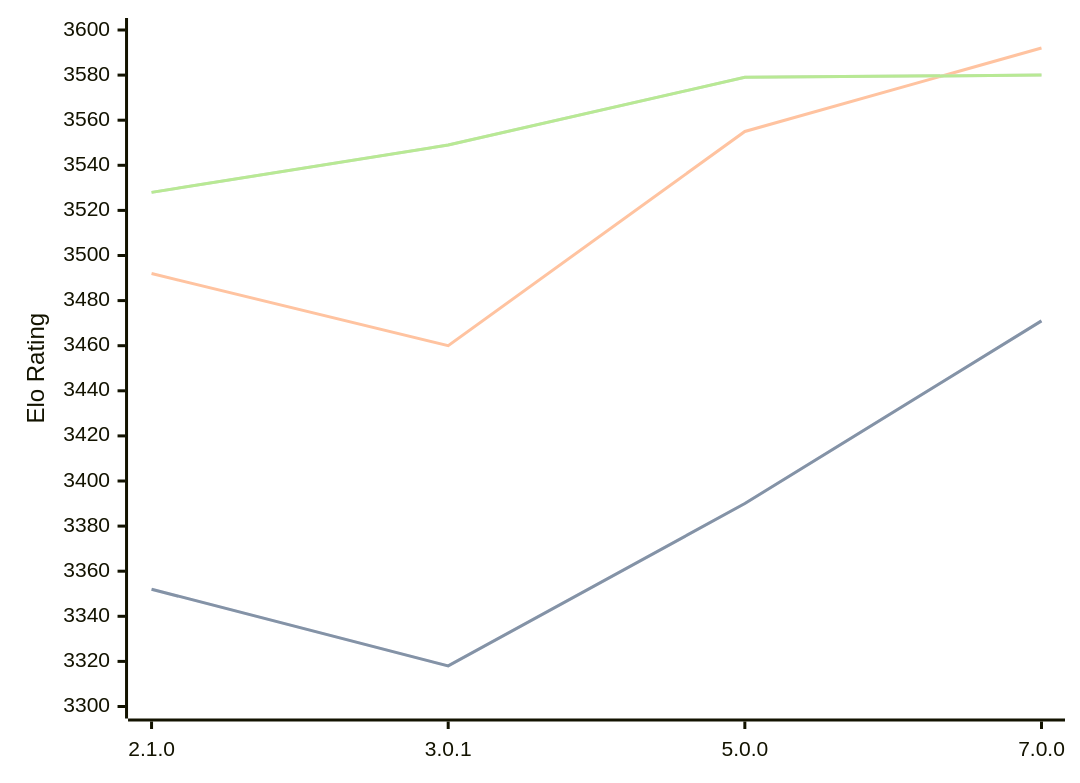
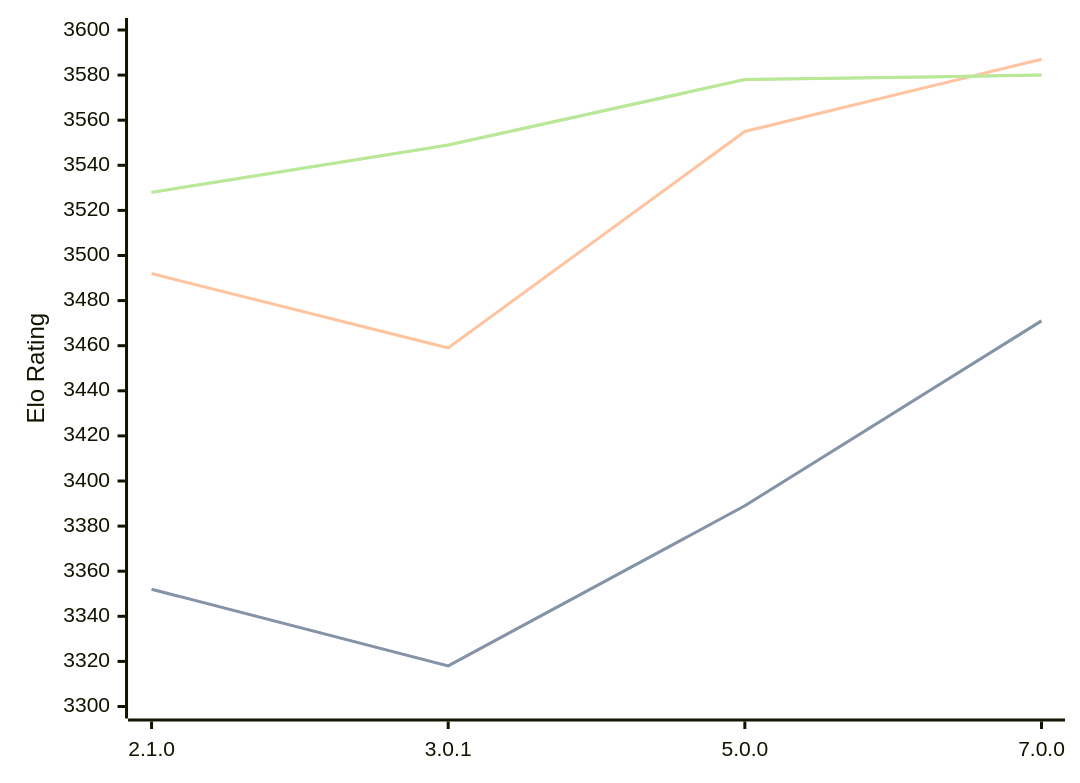
Before and after one commit to computer-chess-index/cci: the diagram in engines/PlentyChess.md, drawn with Mermaid. The commit also changed other lines of this file, not shown here.

Commit message:
Update CCI Ratings (ELO VLTC) - 2026-04-06

````diff
--- a/engines/PlentyChess.md
+++ b/engines/PlentyChess.md
@@ -45,11 +45,11 @@
 ```mermaid
 %%{init: {"theme":"base","themeVariables":{"seriesColors:['#a3a3a3','#222221','#faa371']}}}%%
 xychart-beta
   x-axis ["2.1.0", "3.0.1", "5.0.0", "7.0.0"]
   y-axis "Elo Rating" 3300 --> 3600
-  line "STC (8.0+0.08s)" [3352, 3318, 3390, 3471]
-  line "STC (8.0+0.08s)" [3352, 3318, 3390, 3471]
-  line "LTC (60.0+0.60s)" [3492, 3460, 3555, 3592]
-  line "VLTC (2m24s+1.12s)" [3528, 3549, 3579, 3580]
-  line "VLTC (2m24s+1.12s)" [3528, 3549, 3579, 3580]
+  line "STC (8.0+0.08s)" [3352, 3318, 3389, 3471]
+  line "STC (8.0+0.08s)" [3352, 3318, 3389, 3471]
+  line "LTC (60.0+0.60s)" [3492, 3459, 3555, 3587]
+  line "VLTC (2m24s+1.12s)" [3528, 3549, 3578, 3580]
+  line "VLTC (2m24s+1.12s)" [3528, 3549, 3578, 3580]
 ```
````
